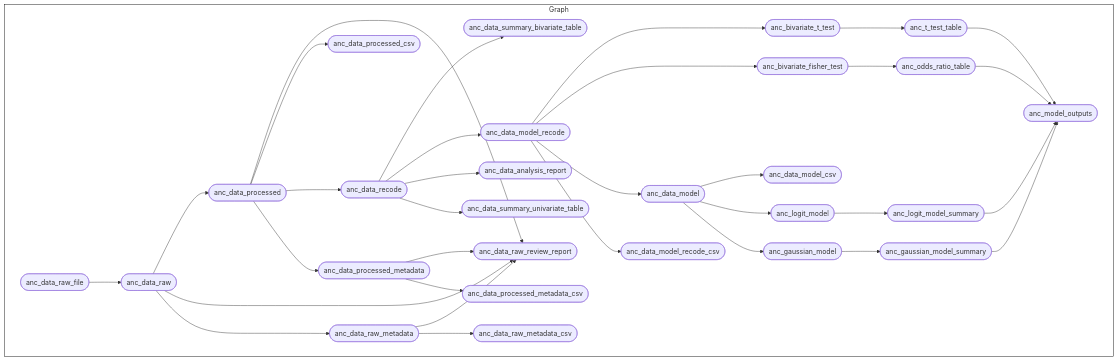
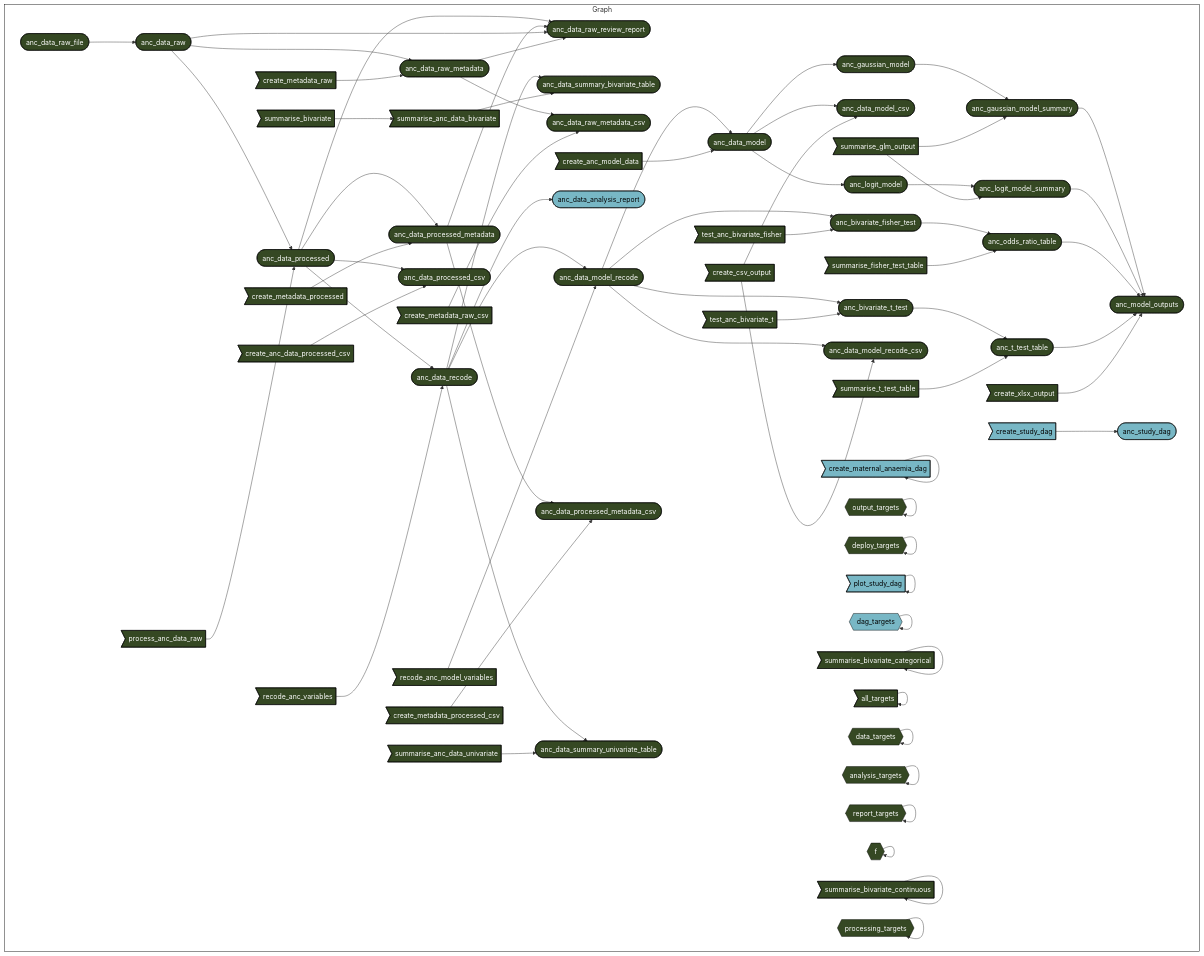
One commit to OxfordIHTM/gh-anaemia-pregnancy changed the diagram in README.md. Above: the diagram before and after it, drawn with Mermaid. The commit also changed 1 other file, not shown here.

Commit message:
update mermaid graphi

````diff
--- a/README.md
+++ b/README.md
@@ -144,38 +144,76 @@
 ``` mermaid
 graph LR
   style Graph fill:#FFFFFF00,stroke:#000000;
   subgraph Graph
     direction LR
+    x22ede2ce35ac1155>"summarise_bivariate"]:::uptodate --> xba48c79891bd32bf>"summarise_anc_data_bivariate"]:::uptodate
     xbba39ca9e518ed94(["anc_data_raw"]):::uptodate --> x597caed207d4fc5d(["anc_data_processed"]):::uptodate
+    x2b694182b60fa089>"process_anc_data_raw"]:::uptodate --> x597caed207d4fc5d(["anc_data_processed"]):::uptodate
     x05812169c4dfa932(["anc_data_raw_file"]):::uptodate --> xbba39ca9e518ed94(["anc_data_raw"]):::uptodate
     x597caed207d4fc5d(["anc_data_processed"]):::uptodate --> x34a9c3203c3a0d4e(["anc_data_raw_review_report"]):::uptodate
     x34b86f86bb8014ea(["anc_data_processed_metadata"]):::uptodate --> x34a9c3203c3a0d4e(["anc_data_raw_review_report"]):::uptodate
     xbba39ca9e518ed94(["anc_data_raw"]):::uptodate --> x34a9c3203c3a0d4e(["anc_data_raw_review_report"]):::uptodate
     x8a8877168229f4dd(["anc_data_raw_metadata"]):::uptodate --> x34a9c3203c3a0d4e(["anc_data_raw_review_report"]):::uptodate
     xa2691830171b0cf9(["anc_data_recode"]):::uptodate --> x83b06018b27c1391(["anc_data_summary_bivariate_table"]):::uptodate
+    xba48c79891bd32bf>"summarise_anc_data_bivariate"]:::uptodate --> x83b06018b27c1391(["anc_data_summary_bivariate_table"]):::uptodate
     x9265d4ebfbcc5e37(["anc_gaussian_model_summary"]):::uptodate --> x8f6836dcac596e4d(["anc_model_outputs"]):::uptodate
     x2d44714c6076aea5(["anc_logit_model_summary"]):::uptodate --> x8f6836dcac596e4d(["anc_model_outputs"]):::uptodate
     x2d1d696496197875(["anc_odds_ratio_table"]):::uptodate --> x8f6836dcac596e4d(["anc_model_outputs"]):::uptodate
     x02d4c90c16108e87(["anc_t_test_table"]):::uptodate --> x8f6836dcac596e4d(["anc_model_outputs"]):::uptodate
+    x77cfc036884b7314>"create_xlsx_output"]:::uptodate --> x8f6836dcac596e4d(["anc_model_outputs"]):::uptodate
     x8a8877168229f4dd(["anc_data_raw_metadata"]):::uptodate --> x2f4ef36220e6f123(["anc_data_raw_metadata_csv"]):::uptodate
+    x06b95541de6d9084>"create_metadata_raw_csv"]:::uptodate --> x2f4ef36220e6f123(["anc_data_raw_metadata_csv"]):::uptodate
     x597caed207d4fc5d(["anc_data_processed"]):::uptodate --> x9efa48e5541103b9(["anc_data_processed_csv"]):::uptodate
+    xe731fc43cde5524c>"create_anc_data_processed_csv"]:::uptodate --> x9efa48e5541103b9(["anc_data_processed_csv"]):::uptodate
     xa2691830171b0cf9(["anc_data_recode"]):::uptodate --> xc84eb75d2309c0e2(["anc_data_model_recode"]):::uptodate
+    xbfa6311eff88f4ac>"recode_anc_model_variables"]:::uptodate --> xc84eb75d2309c0e2(["anc_data_model_recode"]):::uptodate
     xc84eb75d2309c0e2(["anc_data_model_recode"]):::uptodate --> x22e570cd18c3f66c(["anc_bivariate_t_test"]):::uptodate
+    x5cf5cf0deda2a74c>"test_anc_bivariate_t"]:::uptodate --> x22e570cd18c3f66c(["anc_bivariate_t_test"]):::uptodate
+    x725fdaf76e544e71>"create_study_dag"]:::outdated --> xa1f8e339ffb46424(["anc_study_dag"]):::outdated
     x6262f74751558db7(["anc_data_model"]):::uptodate --> x11c78e49bf183f4f(["anc_data_model_csv"]):::uptodate
+    xbf3fc28f2e168ffd>"create_csv_output"]:::uptodate --> x11c78e49bf183f4f(["anc_data_model_csv"]):::uptodate
     x2d826175fca676e3(["anc_gaussian_model"]):::uptodate --> x9265d4ebfbcc5e37(["anc_gaussian_model_summary"]):::uptodate
+    xd8d5dc6d3535bb7e>"summarise_glm_output"]:::uptodate --> x9265d4ebfbcc5e37(["anc_gaussian_model_summary"]):::uptodate
     xbba39ca9e518ed94(["anc_data_raw"]):::uptodate --> x8a8877168229f4dd(["anc_data_raw_metadata"]):::uptodate
-    xa2691830171b0cf9(["anc_data_recode"]):::uptodate --> x4e5d056abbac74dc(["anc_data_analysis_report"]):::uptodate
+    x9fb008ebeb3b6fe1>"create_metadata_raw"]:::uptodate --> x8a8877168229f4dd(["anc_data_raw_metadata"]):::uptodate
+    xa2691830171b0cf9(["anc_data_recode"]):::uptodate --> x4e5d056abbac74dc(["anc_data_analysis_report"]):::outdated
     xc84eb75d2309c0e2(["anc_data_model_recode"]):::uptodate --> x77712cf549a15628(["anc_bivariate_fisher_test"]):::uptodate
+    xe50c36b3049cee6e>"test_anc_bivariate_fisher"]:::uptodate --> x77712cf549a15628(["anc_bivariate_fisher_test"]):::uptodate
     xc84eb75d2309c0e2(["anc_data_model_recode"]):::uptodate --> x6262f74751558db7(["anc_data_model"]):::uptodate
+    x480f339fedb44aea>"create_anc_model_data"]:::uptodate --> x6262f74751558db7(["anc_data_model"]):::uptodate
     x34b86f86bb8014ea(["anc_data_processed_metadata"]):::uptodate --> x2d4384c638b4d284(["anc_data_processed_metadata_csv"]):::uptodate
+    xf09ed717134c2f13>"create_metadata_processed_csv"]:::uptodate --> x2d4384c638b4d284(["anc_data_processed_metadata_csv"]):::uptodate
     x597caed207d4fc5d(["anc_data_processed"]):::uptodate --> xa2691830171b0cf9(["anc_data_recode"]):::uptodate
+    xa1f2cfa78a4cee44>"recode_anc_variables"]:::uptodate --> xa2691830171b0cf9(["anc_data_recode"]):::uptodate
     xa2691830171b0cf9(["anc_data_recode"]):::uptodate --> xdeea979a9fc8283c(["anc_data_summary_univariate_table"]):::uptodate
+    xd872d61e4ee64380>"summarise_anc_data_univariate"]:::uptodate --> xdeea979a9fc8283c(["anc_data_summary_univariate_table"]):::uptodate
     x597caed207d4fc5d(["anc_data_processed"]):::uptodate --> x34b86f86bb8014ea(["anc_data_processed_metadata"]):::uptodate
+    xd8175f5eae36128b>"create_metadata_processed"]:::uptodate --> x34b86f86bb8014ea(["anc_data_processed_metadata"]):::uptodate
     x22e570cd18c3f66c(["anc_bivariate_t_test"]):::uptodate --> x02d4c90c16108e87(["anc_t_test_table"]):::uptodate
+    x770dcc76b94aa44a>"summarise_t_test_table"]:::uptodate --> x02d4c90c16108e87(["anc_t_test_table"]):::uptodate
     xec336fb433299b8a(["anc_logit_model"]):::uptodate --> x2d44714c6076aea5(["anc_logit_model_summary"]):::uptodate
+    xd8d5dc6d3535bb7e>"summarise_glm_output"]:::uptodate --> x2d44714c6076aea5(["anc_logit_model_summary"]):::uptodate
     xc84eb75d2309c0e2(["anc_data_model_recode"]):::uptodate --> x60423dd0fbb1026b(["anc_data_model_recode_csv"]):::uptodate
+    xbf3fc28f2e168ffd>"create_csv_output"]:::uptodate --> x60423dd0fbb1026b(["anc_data_model_recode_csv"]):::uptodate
     x6262f74751558db7(["anc_data_model"]):::uptodate --> xec336fb433299b8a(["anc_logit_model"]):::uptodate
     x6262f74751558db7(["anc_data_model"]):::uptodate --> x2d826175fca676e3(["anc_gaussian_model"]):::uptodate
     x77712cf549a15628(["anc_bivariate_fisher_test"]):::uptodate --> x2d1d696496197875(["anc_odds_ratio_table"]):::uptodate
+    x0a7616a8d443d3cc>"summarise_fisher_test_table"]:::uptodate --> x2d1d696496197875(["anc_odds_ratio_table"]):::uptodate
+    x90176daa1aa2b9bc>"create_maternal_anaemia_dag"]:::outdated --> x90176daa1aa2b9bc>"create_maternal_anaemia_dag"]:::outdated
+    xad15c442a1533efe{{"output_targets"}}:::uptodate --> xad15c442a1533efe{{"output_targets"}}:::uptodate
+    x810c561f670f489c{{"deploy_targets"}}:::uptodate --> x810c561f670f489c{{"deploy_targets"}}:::uptodate
+    x70b981eb714b62a5>"plot_study_dag"]:::outdated --> x70b981eb714b62a5>"plot_study_dag"]:::outdated
+    x00a85aa709e38aeb{{"dag_targets"}}:::outdated --> x00a85aa709e38aeb{{"dag_targets"}}:::outdated
+    x2f1bb877657c1243>"summarise_bivariate_categorical"]:::uptodate --> x2f1bb877657c1243>"summarise_bivariate_categorical"]:::uptodate
+    xc06a83e269c561d0>"all_targets"]:::uptodate --> xc06a83e269c561d0>"all_targets"]:::uptodate
+    x61c99aa4be265faa{{"data_targets"}}:::uptodate --> x61c99aa4be265faa{{"data_targets"}}:::uptodate
+    x6a7cdb164c636498{{"analysis_targets"}}:::uptodate --> x6a7cdb164c636498{{"analysis_targets"}}:::uptodate
+    x093abd41526bc558{{"report_targets"}}:::uptodate --> x093abd41526bc558{{"report_targets"}}:::uptodate
+    xd00dba5cf02aee4d{{"f"}}:::uptodate --> xd00dba5cf02aee4d{{"f"}}:::uptodate
+    x9c5838b89af71ec8>"summarise_bivariate_continuous"]:::uptodate --> x9c5838b89af71ec8>"summarise_bivariate_continuous"]:::uptodate
+    x96a2e4aa744c6180{{"processing_targets"}}:::uptodate --> x96a2e4aa744c6180{{"processing_targets"}}:::uptodate
   end
+  classDef uptodate stroke:#000000,color:#ffffff,fill:#354823;
+  classDef outdated stroke:#000000,color:#000000,fill:#78B7C5;
+  classDef none stroke:#000000,color:#000000,fill:#94a4ac;
 ```
````
